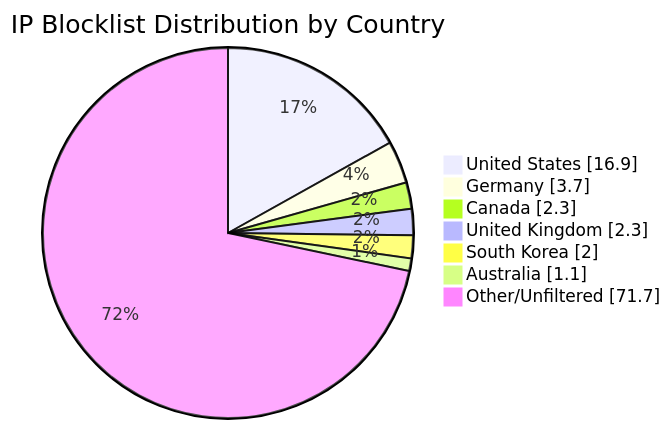
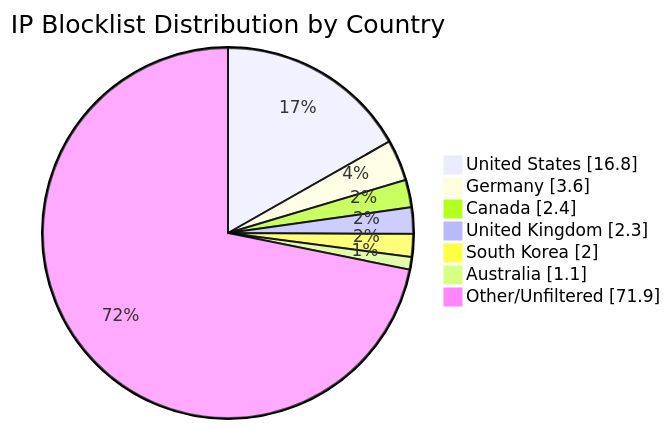
The diagram in README.md (MarcusHoltz/ipblocklist-geofiltered-aggregator), drawn with Mermaid before and after one commit. The commit also changed other lines of this file and 9 other files, not shown here.

````diff
--- a/README.md
+++ b/README.md
@@ -34,10 +34,10 @@
 ```mermaid
 pie showData title IP Blocklist Distribution by Country
-"United States" : 16.9
-"Germany" : 3.7
-"Canada" : 2.3
+"United States" : 16.8
+"Germany" : 3.6
+"Canada" : 2.4
 "United Kingdom" : 2.3
 "South Korea" : 2.0
 "Australia" : 1.1
-"Other/Unfiltered" : 71.7
+"Other/Unfiltered" : 71.9
 ```
````
